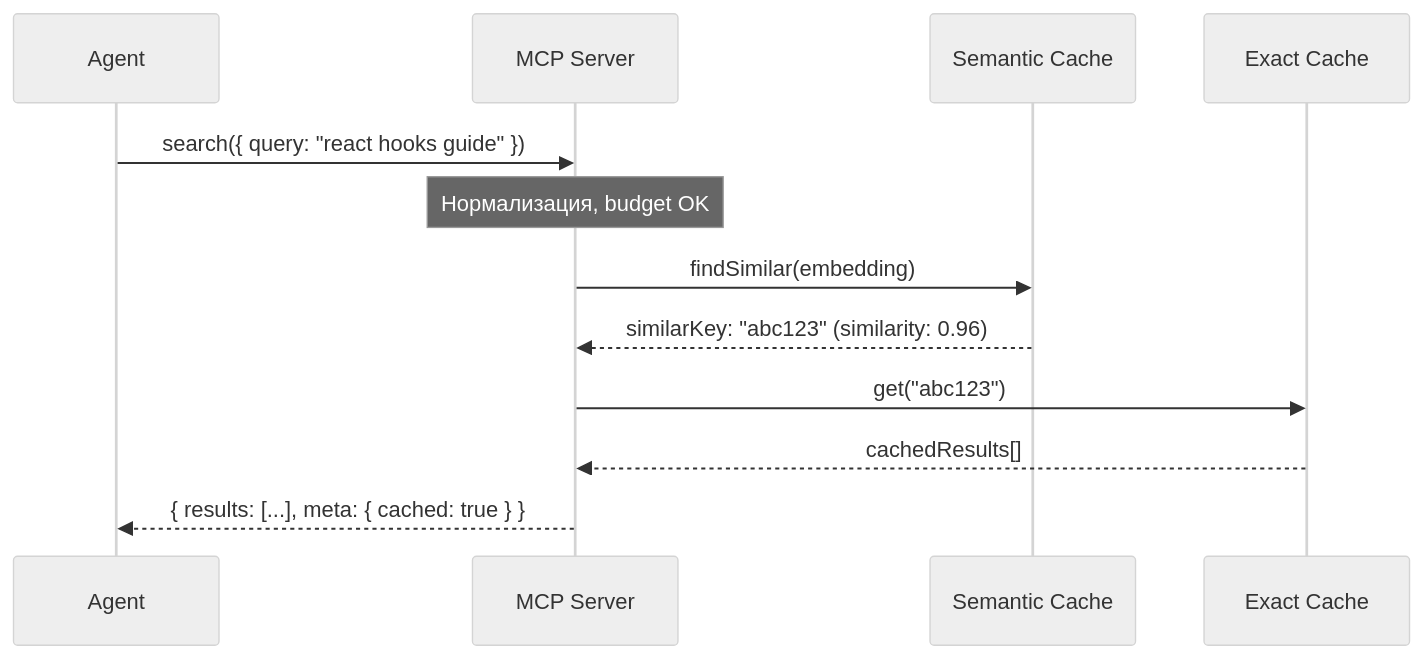
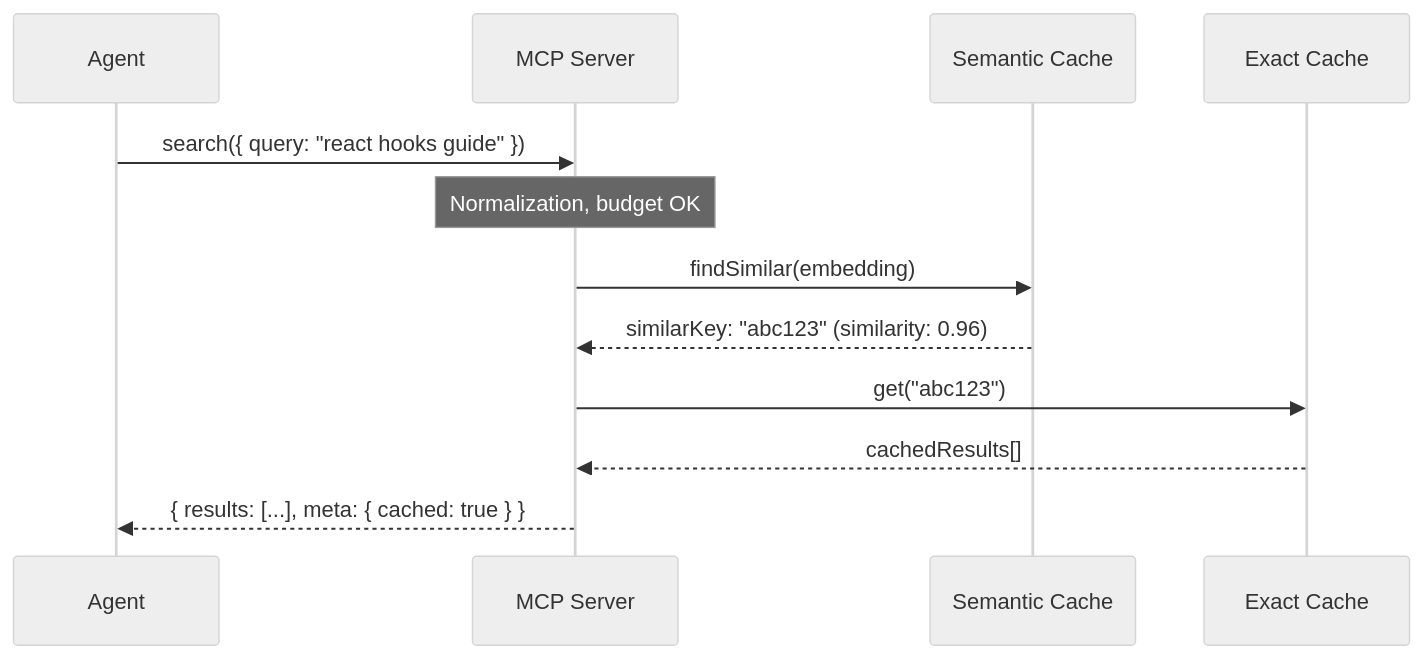
Before and after one commit to ilgizar-valiullin/mcp-web-hound: the third of 3 diagrams in docs/architecture.md, drawn with Mermaid (neutral theme). The commit also changed other lines of this file and 16 other files, not shown here.

````diff
--- a/docs/architecture.md
+++ b/docs/architecture.md
@@ -159,15 +159,15 @@
 ```mermaid
 sequenceDiagram
     participant Agent
     participant MCP as MCP Server
     participant SC as Semantic Cache
     participant EC as Exact Cache
 
     Agent->>MCP: search({ query: "react hooks guide" })
-    Note over MCP: Нормализация, budget OK
+    Note over MCP: Normalization, budget OK
     MCP->>SC: findSimilar(embedding)
     SC-->>MCP: similarKey: "abc123" (similarity: 0.96)
     MCP->>EC: get("abc123")
     EC-->>MCP: cachedResults[]
     MCP-->>Agent: { results: [...], meta: { cached: true } }
 ```
````
